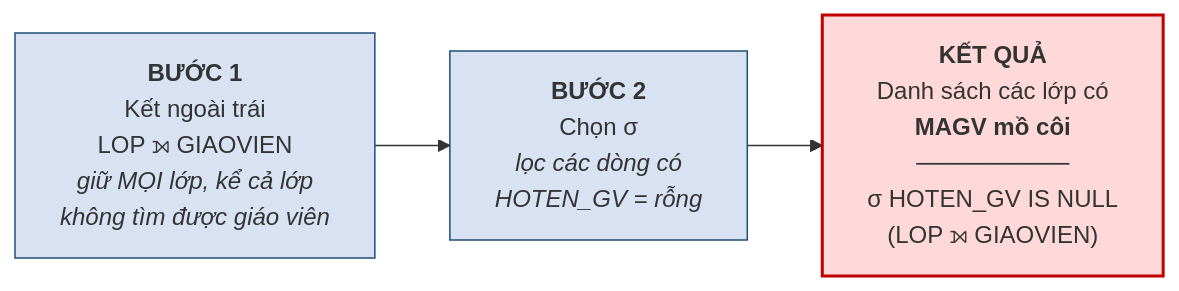
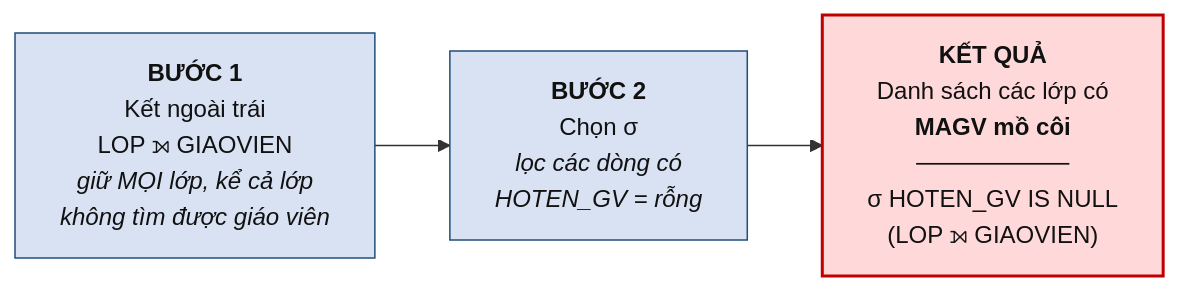
Before and after one commit to CuongNguyenDAU/csdl-dbs201: the second of 3 diagrams in docs/chuong-3/3-7-phep-ket-va-phep-chia.md, drawn with Mermaid. The commit also changed other lines of this file and 123 other files, not shown here.

Commit message:
Cập nhật bài giảng v7: sơ đồ ER ký pháp Chen, hình minh họa tự vẽ, mở rộng toàn diện Chương 5 và bổ sung lời giải A4, B5

````diff
--- a/docs/chuong-3/3-7-phep-ket-va-phep-chia.md
+++ b/docs/chuong-3/3-7-phep-ket-va-phep-chia.md
@@ -145,10 +145,10 @@
 ```mermaid
 flowchart LR
     A["<b>BƯỚC 1</b><br/>Kết ngoài trái<br/>LOP ⟕ GIAOVIEN<br/><i>giữ MỌI lớp, kể cả lớp<br/>không tìm được giáo viên</i>"]
     B["<b>BƯỚC 2</b><br/>Chọn σ<br/><i>lọc các dòng có<br/>HOTEN_GV = rỗng</i>"]
     C["<b>KẾT QUẢ</b><br/>Danh sách các lớp có<br/><b>MAGV mồ côi</b><br/>─────────<br/>σ HOTEN_GV IS NULL<br/>(LOP ⟕ GIAOVIEN)"]
     A --> B --> C
-    style A fill:#D9E2F3,stroke:#1F4E79
-    style B fill:#D9E2F3,stroke:#1F4E79
-    style C fill:#FFD9D9,stroke:#C00000,stroke-width:2px
+    style A fill:#D9E2F3,stroke:#1F4E79,color:#111111
+    style B fill:#D9E2F3,stroke:#1F4E79,color:#111111
+    style C fill:#FFD9D9,stroke:#C00000,stroke-width:2px,color:#111111
 ```
````
